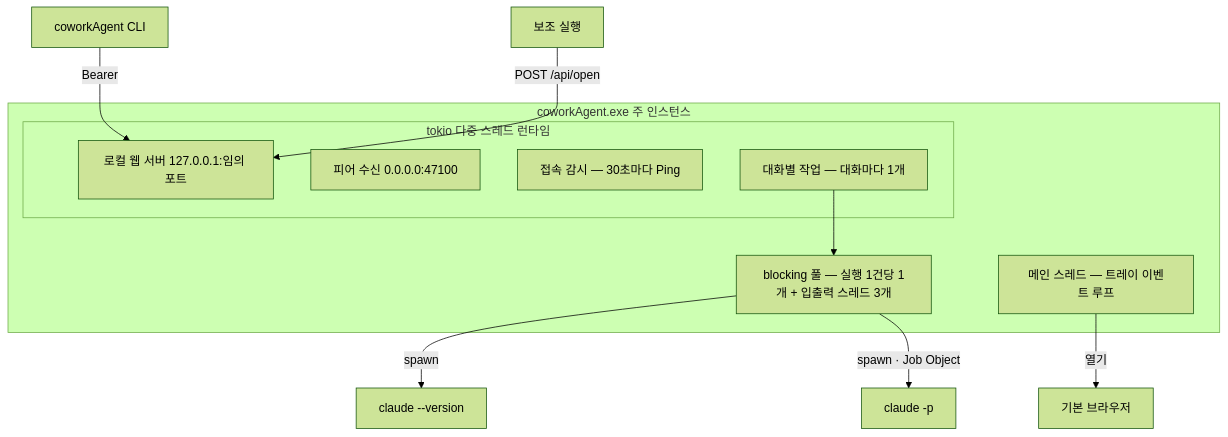
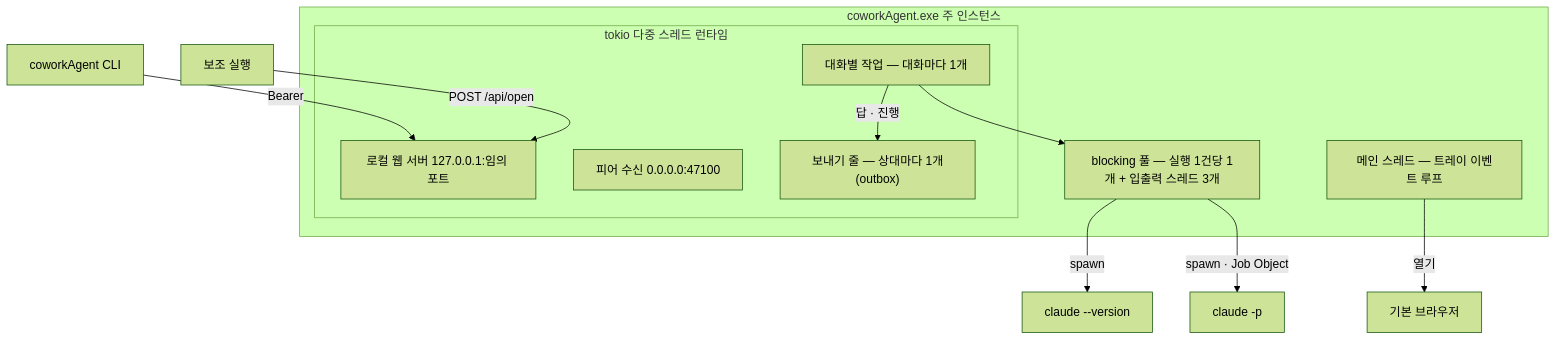
One commit to Softcamp-SaaS-RND/coworkAgent changed the second of 9 diagrams in docs/manual/dev/developer-guide.md. Above: the diagram before and after it, drawn with Mermaid (forest theme). The commit also changed other lines of this file and 108 other files, not shown here.

````diff
--- a/docs/manual/dev/developer-guide.md
+++ b/docs/manual/dev/developer-guide.md
@@ -77,19 +101,20 @@
 ```mermaid
 flowchart TB
   subgraph MAIN["coworkAgent.exe 주 인스턴스"]
     TRAY["메인 스레드 — 트레이 이벤트 루프"]
     subgraph RT["tokio 다중 스레드 런타임"]
       WEB["로컬 웹 서버 127.0.0.1:임의 포트"]
       PEER["피어 수신 0.0.0.0:47100"]
-      PRES["접속 감시 — 30초마다 Ping"]
+      LANE["보내기 줄 — 상대마다 1개(outbox)"]
       CONV["대화별 작업 — 대화마다 1개"]
     end
     POOL["blocking 풀 — 실행 1건당 1개 + 입출력 스레드 3개"]
   end
   CONV --> POOL
+  CONV -- "답 · 진행" --> LANE
   POOL -- "spawn" --> VER["claude --version"]
   POOL -- "spawn · Job Object" --> RUN["claude -p"]
   CLI2["coworkAgent CLI"] -- "Bearer" --> WEB
   SEC["보조 실행"] -- "POST /api/open" --> WEB
   TRAY -- "열기" --> BROWSER["기본 브라우저"]
 ```
````
